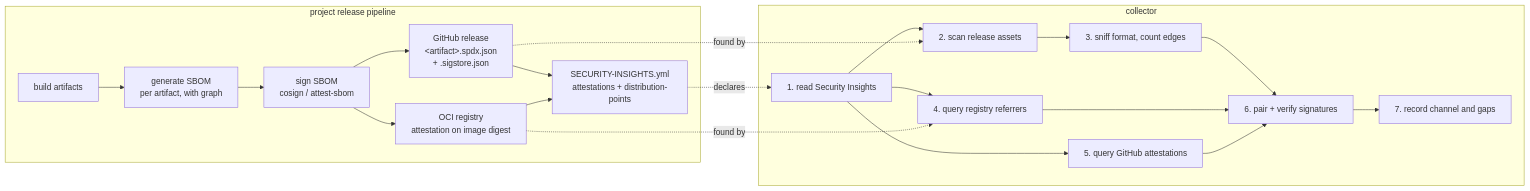
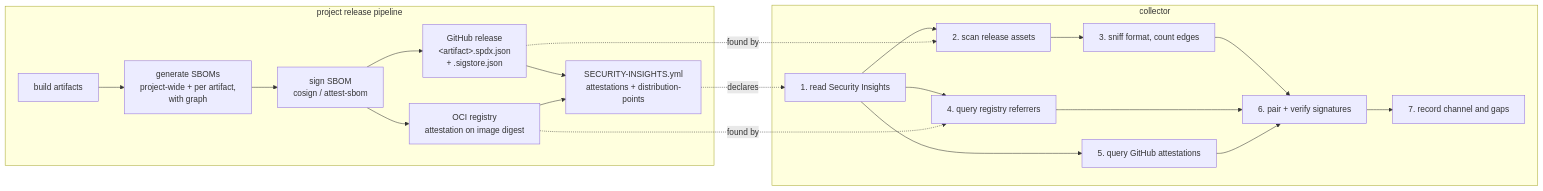
One commit to halcyondude/supply-chain-security-collector changed the diagram in docs/sbom-publishing-recommendations.md. Above: the diagram before and after it, drawn with Mermaid.

Commit message:
docs: diagram reflects project-wide plus per-artifact SBOMs
Claude-Session: https://claude.ai/code/session_01LVcKpVT1PLz594ctQpxHrL

````diff
--- a/docs/sbom-publishing-recommendations.md
+++ b/docs/sbom-publishing-recommendations.md
@@ -113,24 +113,24 @@
 ```mermaid
 flowchart LR
     subgraph project["project release pipeline"]
-        B["build artifacts"] --> S["generate SBOM<br/>per artifact, with graph"]
+        B["build artifacts"] --> S["generate SBOMs<br/>project-wide + per artifact,<br/>with graph"]
         S --> G["sign SBOM<br/>cosign / attest-sbom"]
         G --> R["GitHub release<br/>&lt;artifact&gt;.spdx.json<br/>+ .sigstore.json"]
         G --> O["OCI registry<br/>attestation on image digest"]
         R --> SI["SECURITY-INSIGHTS.yml<br/>attestations + distribution-points"]
         O --> SI
     end
     subgraph collector["collector"]
         C1["1. read Security Insights"] --> C2["2. scan release assets"]
         C2 --> C3["3. sniff format, count edges"]
         C1 --> C4["4. query registry referrers"]
         C1 --> C5["5. query GitHub attestations"]
         C3 --> C6["6. pair + verify signatures"]
         C4 --> C6
         C5 --> C6
         C6 --> C7["7. record channel and gaps"]
     end
     SI -. declares .-> C1
     R -. found by .-> C2
     O -. found by .-> C4
 ```
````
